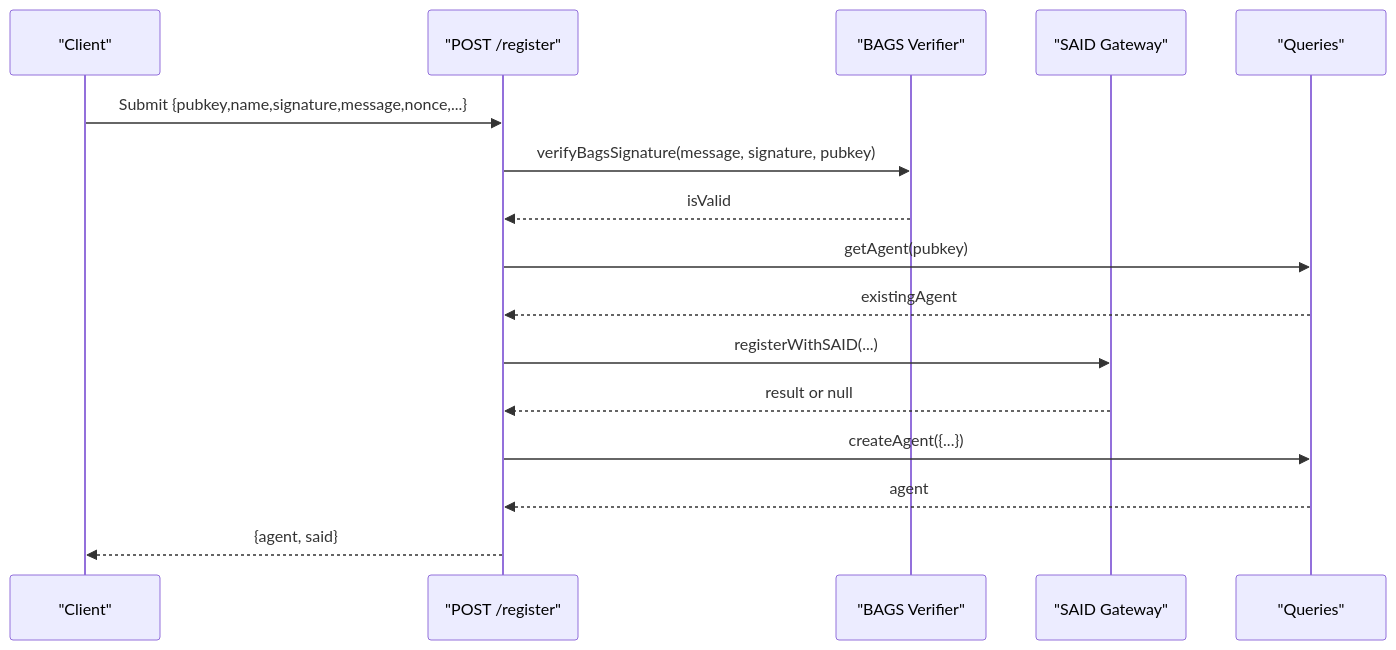
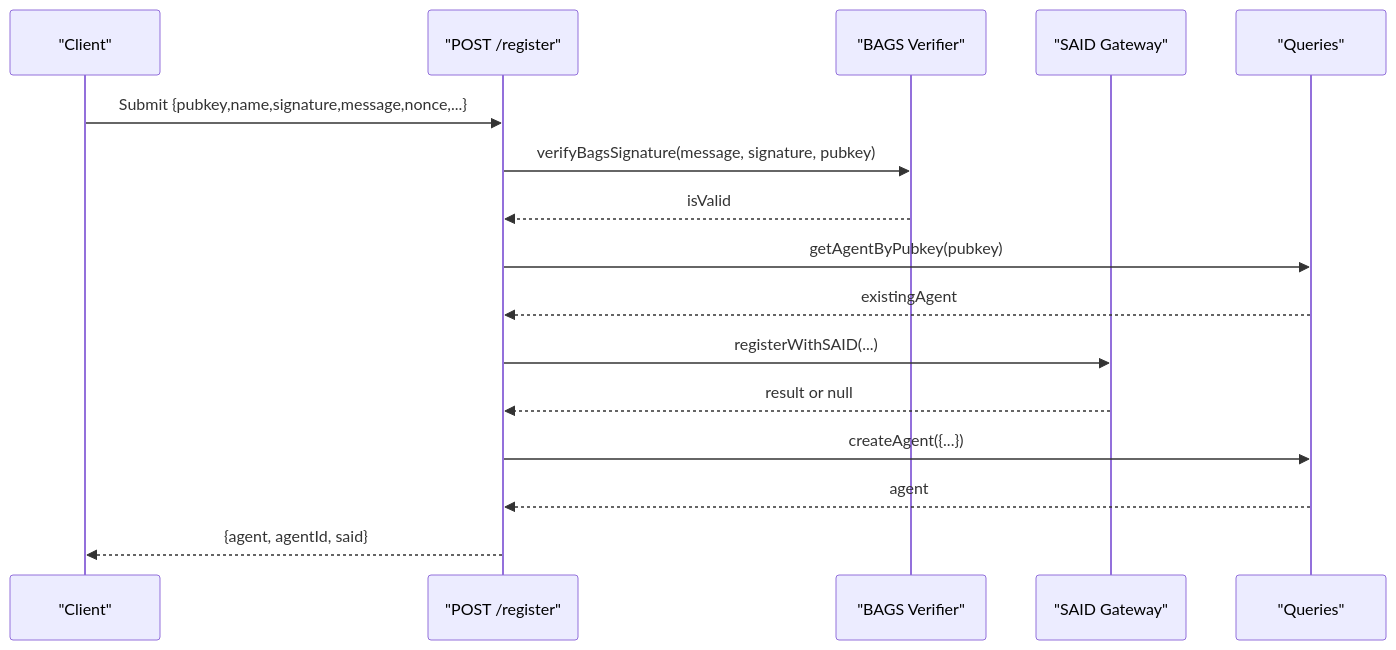
One commit to RunTimeAdmin/AgentID changed the third of 6 diagrams in .qoder/repowiki/en/content/Api Reference.md. Above: the diagram before and after it, drawn with Mermaid. The commit also changed other lines of this file and 31 other files, not shown here.

````diff
--- a/.qoder/repowiki/en/content/Api Reference.md
+++ b/.qoder/repowiki/en/content/Api Reference.md
@@ -382,18 +378,18 @@
 ```mermaid
 sequenceDiagram
 participant Client as "Client"
 participant Reg as "POST /register"
 participant Verifier as "BAGS Verifier"
 participant SAID as "SAID Gateway"
 participant DB as "Queries"
 Client->>Reg : Submit {pubkey,name,signature,message,nonce,...}
 Reg->>Verifier : verifyBagsSignature(message, signature, pubkey)
 Verifier-->>Reg : isValid
-Reg->>DB : getAgent(pubkey)
+Reg->>DB : getAgentByPubkey(pubkey)
 DB-->>Reg : existingAgent
 Reg->>SAID : registerWithSAID(...)
 SAID-->>Reg : result or null
 Reg->>DB : createAgent({...})
 DB-->>Reg : agent
-Reg-->>Client : {agent, said}
+Reg-->>Client : {agent, agentId, said}
 ```
````
